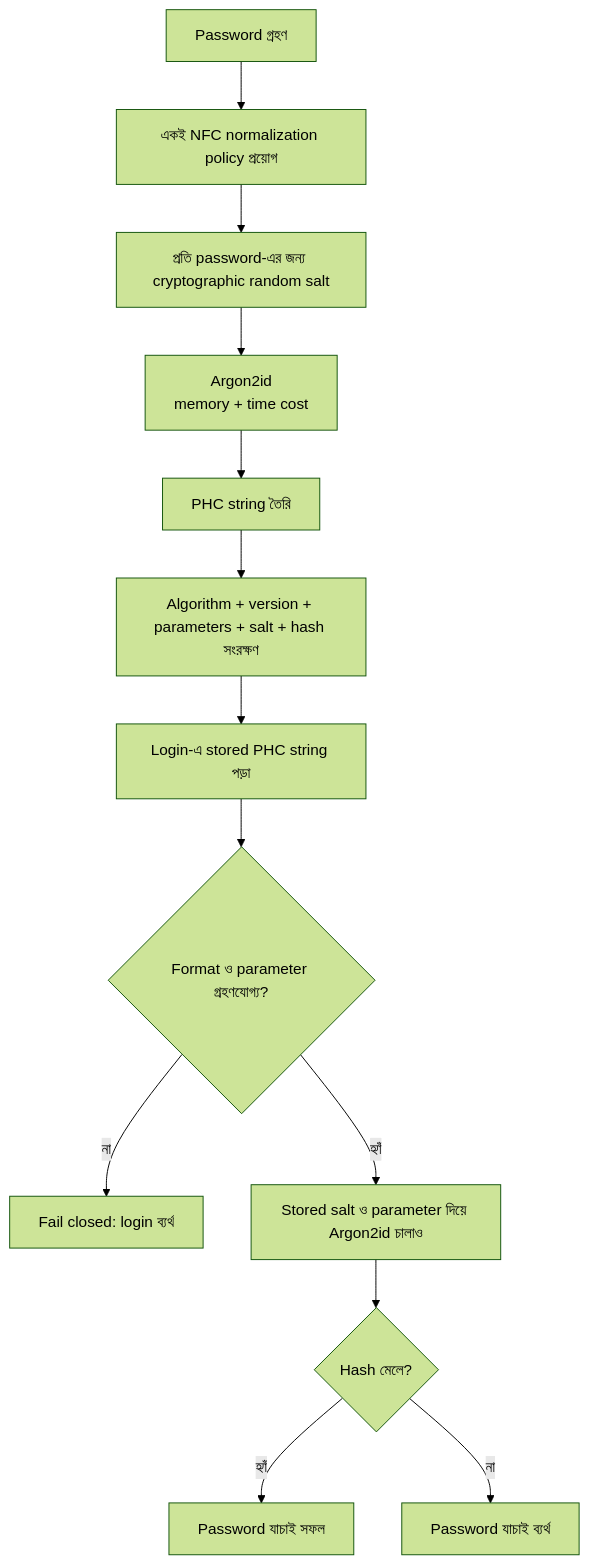
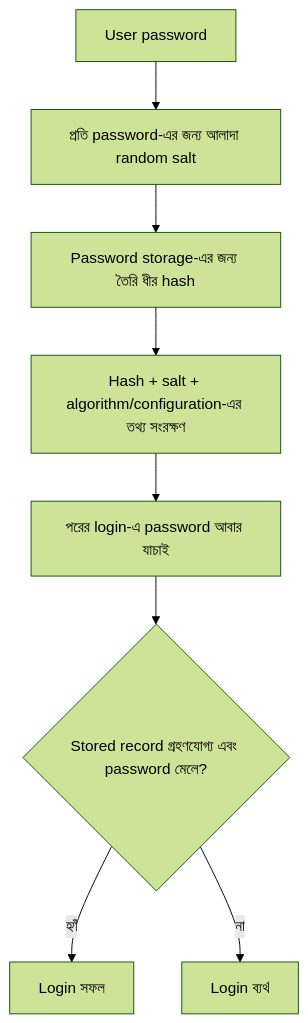
The fourth of 8 diagrams in series/season-1-browser-session-token/03-password-security/README.md (shomi-khan/auth-security-journey), drawn with Mermaid (forest theme) before and after one commit. The commit also changed other lines of this file, not shown here.

Commit message:
docs(chapter 3): focus on password security fundamentals

````diff
--- a/series/season-1-browser-session-token/03-password-security/README.md
+++ b/series/season-1-browser-session-token/03-password-security/README.md
@@ -261,15 +228,10 @@
 ```mermaid
 flowchart TD
-    P["Password গ্রহণ"] --> N["একই NFC normalization policy প্রয়োগ"]
-    N --> S["প্রতি password-এর জন্য cryptographic random salt"]
-    S --> A["Argon2id<br/>memory + time cost"]
-    A --> H["PHC string তৈরি"]
-    H --> DB["Algorithm + version + parameters + salt + hash সংরক্ষণ"]
-    DB --> L["Login-এ stored PHC string পড়া"]
-    L --> V{"Format ও parameter গ্রহণযোগ্য?"}
-    V -->|"না"| F["Fail closed: login ব্যর্থ"]
-    V -->|"হ্যাঁ"| X["Stored salt ও parameter দিয়ে Argon2id চালাও"]
-    X --> C{"Hash মেলে?"}
-    C -->|"হ্যাঁ"| OK["Password যাচাই সফল"]
-    C -->|"না"| NO["Password যাচাই ব্যর্থ"]
+    P["User password"] --> S["প্রতি password-এর জন্য আলাদা random salt"]
+    S --> H["Password storage-এর জন্য তৈরি ধীর hash"]
+    H --> R["Hash + salt + algorithm/configuration-এর তথ্য সংরক্ষণ"]
+    R --> L["পরের login-এ password আবার যাচাই"]
+    L --> V{"Stored record গ্রহণযোগ্য এবং password মেলে?"}
+    V -->|হ্যাঁ| OK["Login সফল"]
+    V -->|না| NO["Login ব্যর্থ"]
 ```
````
